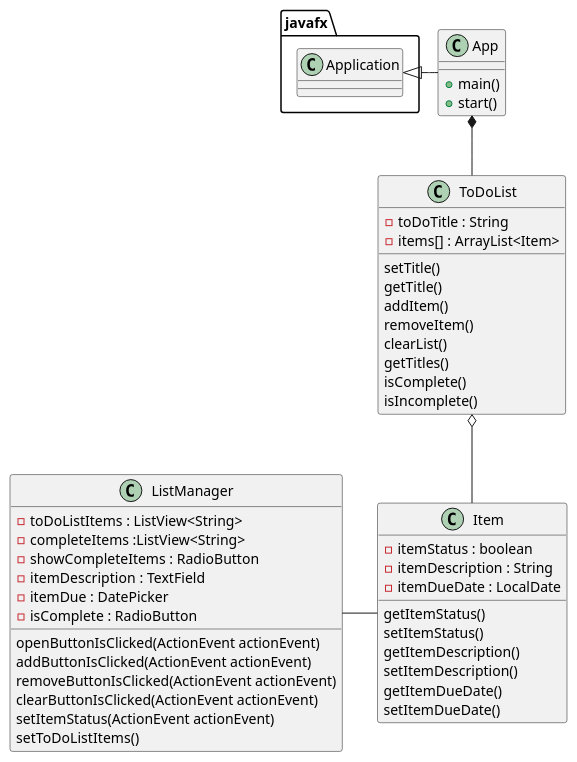
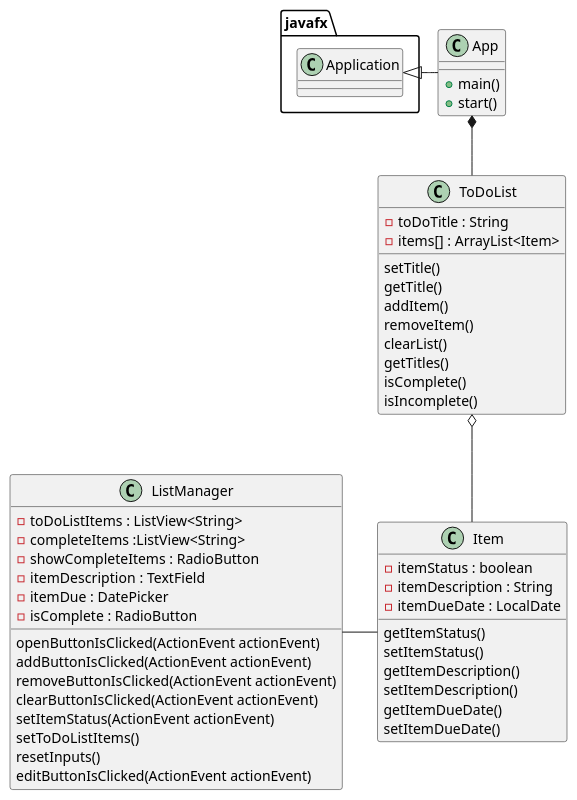
The diagram in PUML/Assignment4.puml (nick-vigg/Viggiani-COP3330-assignment4part2), drawn with PlantUML before and after one commit. The commit also changed 8 other files, not shown here.

```diff
--- a/PUML/Assignment4.puml
+++ b/PUML/Assignment4.puml
@@ -1,60 +1,62 @@
 @startuml
 'https://plantuml.com/class-diagram
 
 
 
 class App {
 + main()
 + start()
 }
 
 class ToDoList {
 - toDoTitle : String
 - items[] : ArrayList<Item>
 
 setTitle()
 getTitle()
 addItem()
 removeItem()
 clearList()
 getTitles()
 isComplete()
 isIncomplete()
 }
 
 class Item {
 - itemStatus : boolean
 - itemDescription : String
 - itemDueDate : LocalDate
 
 getItemStatus()
 setItemStatus()
 getItemDescription()
 setItemDescription()
 getItemDueDate()
 setItemDueDate()
 }
 
 class ListManager {
 - toDoListItems : ListView<String>
 - completeItems :ListView<String>
 - showCompleteItems : RadioButton
 - itemDescription : TextField
 - itemDue : DatePicker
 - isComplete : RadioButton
 
 openButtonIsClicked(ActionEvent actionEvent)
 addButtonIsClicked(ActionEvent actionEvent)
 removeButtonIsClicked(ActionEvent actionEvent)
 clearButtonIsClicked(ActionEvent actionEvent)
 setItemStatus(ActionEvent actionEvent)
 setToDoListItems()
+resetInputs()
+editButtonIsClicked(ActionEvent actionEvent)
 }
 
 javafx.Application <|- App
 App *-- ToDoList
 ToDoList o-- Item
 ListManager - Item
 
 
 @enduml
```
